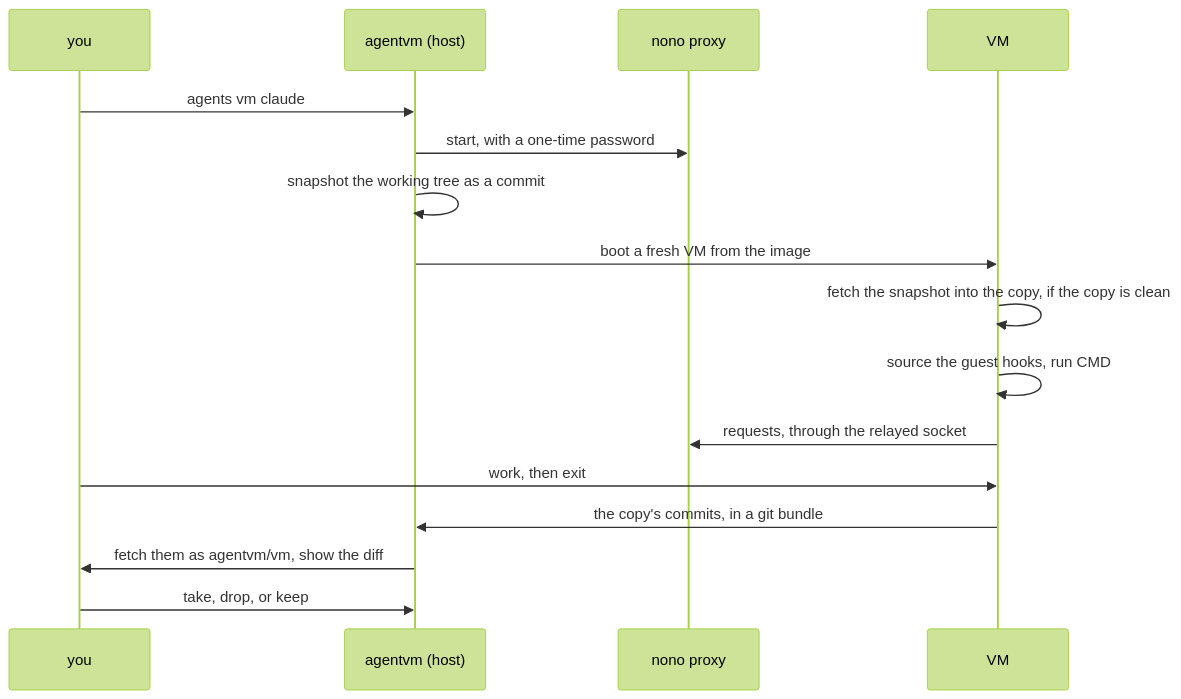
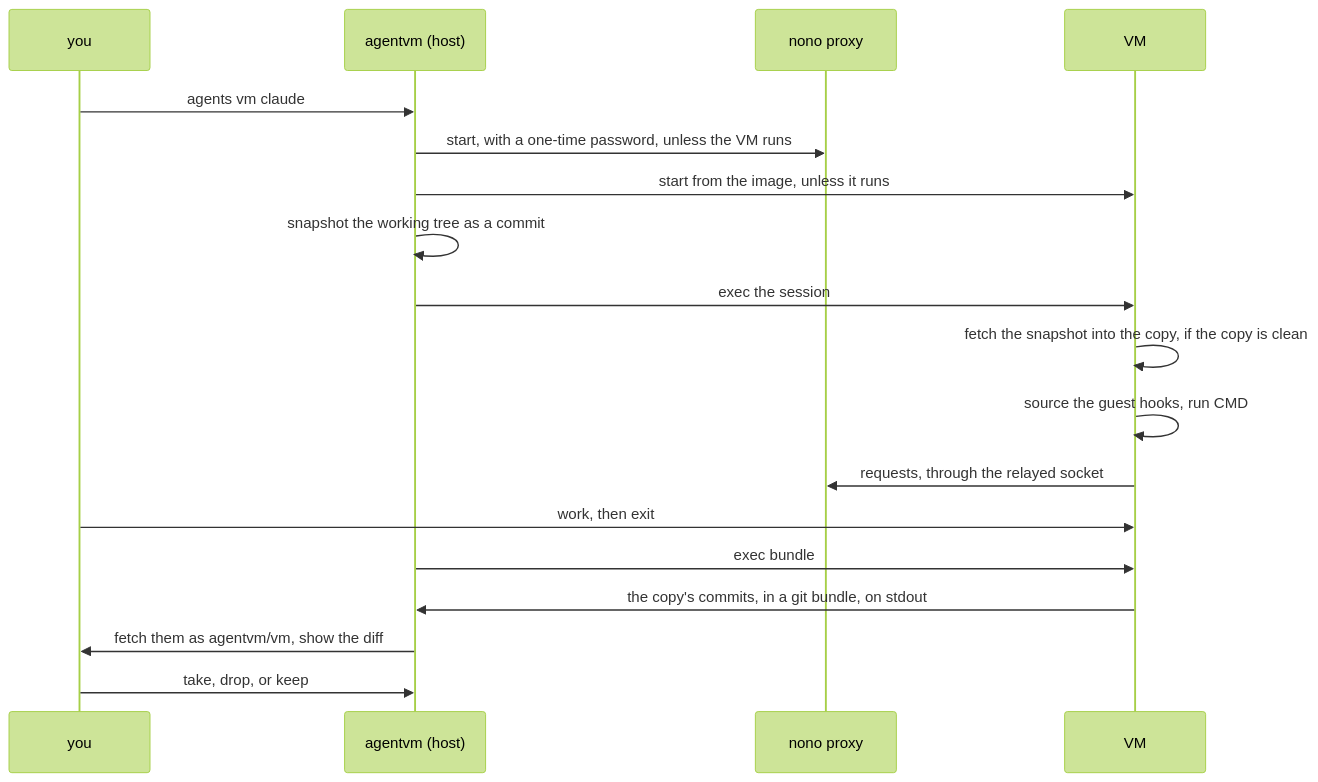
The second of 3 diagrams in modules/agentvm/README.md (frmarkus/dotfiles-xkef), drawn with Mermaid (forest theme) before and after one commit. The commit also changed other lines of this file and 16 other files, not shown here.

````diff
--- a/modules/agentvm/README.md
+++ b/modules/agentvm/README.md
@@ -70,18 +85,20 @@
 ```mermaid
 sequenceDiagram
   participant U as you
   participant H as agentvm (host)
   participant P as nono proxy
   participant V as VM
   U->>H: agents vm claude
-  H->>P: start, with a one-time password
+  H->>P: start, with a one-time password, unless the VM runs
+  H->>V: start from the image, unless it runs
   H->>H: snapshot the working tree as a commit
-  H->>V: boot a fresh VM from the image
+  H->>V: exec the session
   V->>V: fetch the snapshot into the copy, if the copy is clean
   V->>V: source the guest hooks, run CMD
   V->>P: requests, through the relayed socket
   U->>V: work, then exit
-  V->>H: the copy's commits, in a git bundle
+  H->>V: exec bundle
+  V->>H: the copy's commits, in a git bundle, on stdout
   H->>U: fetch them as agentvm/vm, show the diff
   U->>H: take, drop, or keep
 ```
````
